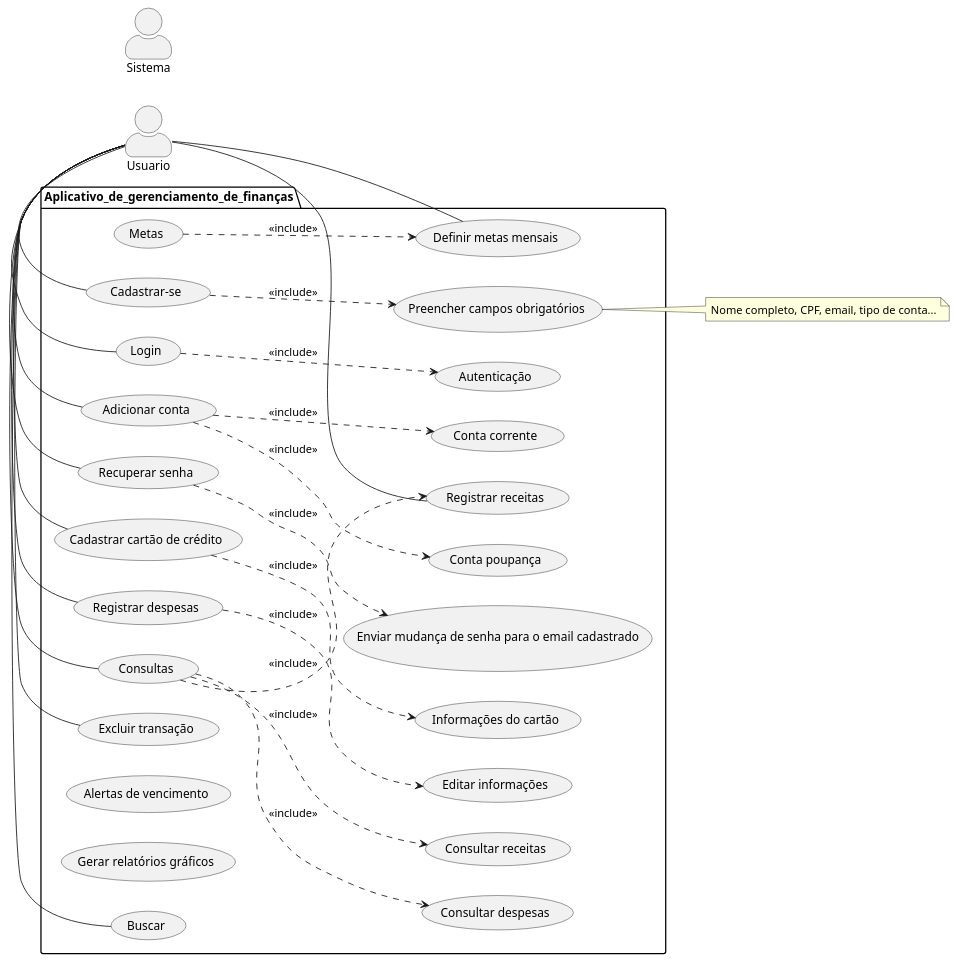
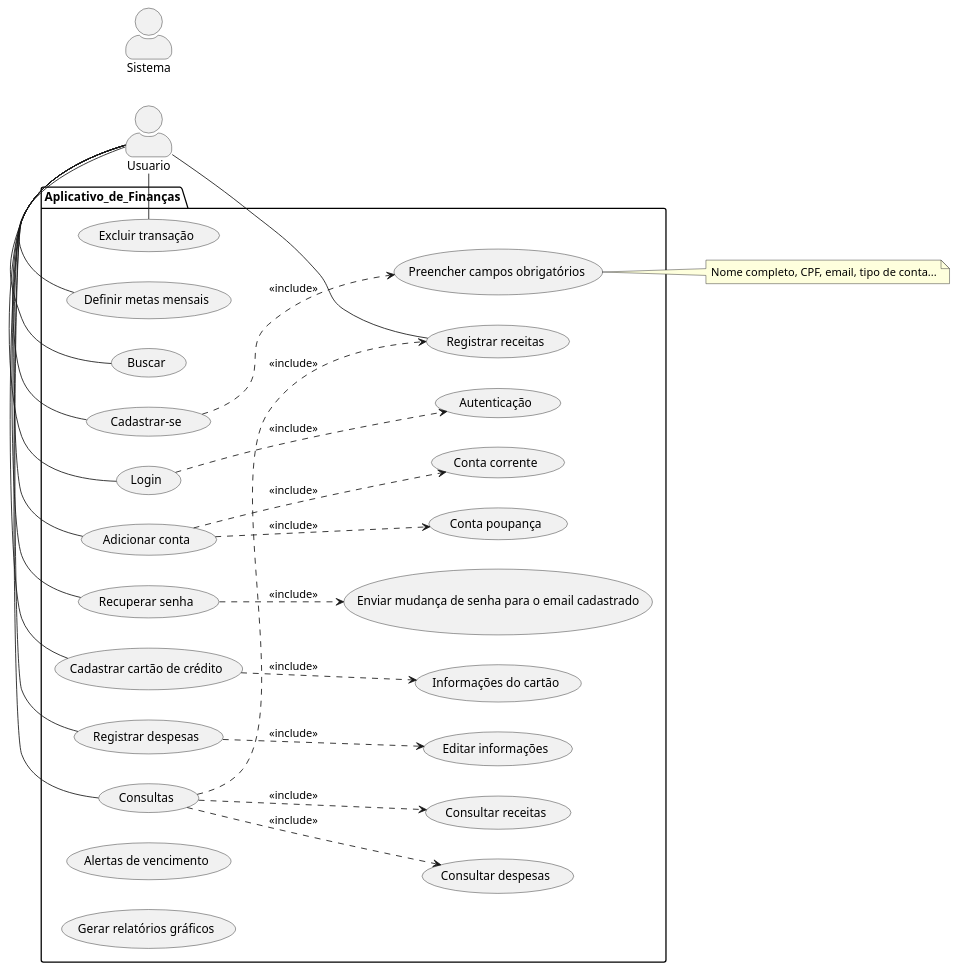
The diagram in diagrams/Diagrama_casos_uso.wsd (ClaraFelix667/finance-manager-a3), drawn with PlantUML before and after one commit. The commit also changed 1 other file, not shown here.

Commit message:
add diagrama de classes

```diff
--- a/diagrams/Diagrama_casos_uso.wsd
+++ b/diagrams/Diagrama_casos_uso.wsd
@@ -1,63 +1,61 @@
 @startuml
 left to right direction
 skinparam actorStyle awesome
 actor Usuario as a1
 actor Sistema as a2
 note "Nome completo, CPF, email, tipo de conta..." as N1
 
 /'UCS -> Sistema
   UC -> Usuario'/
-package Aplicativo_de_gerenciamento_de_finanças {
+package Aplicativo_de_Finanças {
     usecase "Cadastrar-se" as UC1
     usecase "Login" as UC2
     usecase "Adicionar conta" as UC3
     usecase "Conta poupança" as UC4
     usecase "Conta corrente" as UC9
     usecase "Preencher campos obrigatórios" as UC5
     usecase "Recuperar senha" as UC6
     usecase "Autenticação" as UCS1
     usecase "Cadastrar cartão de crédito" as UC7
     usecase "Informações do cartão" as UC8
     usecase "Alertas de vencimento" as UCS2
     usecase "Gerar relatórios gráficos" as UCS3
     usecase "Enviar mudança de senha para o email cadastrado" as UCS4
     usecase "Registrar despesas" as UC11
     usecase "Editar informações" as UC12
     usecase "Consultas" as UC13
     usecase "Consultar despesas" as UC14
     usecase "Consultar receitas" as UC15
     usecase "Registrar receitas" as UC16
-    usecase "Metas" as UC17
     usecase "Definir metas mensais" as UC18
     usecase "Buscar" as UC19
     usecase "Excluir transação" as UC20
 }
 
 a1 - UC1
 a1 - UC2
 a1 - UC3
 a1 - UC6
 a1 - UC7
 a1 - UC11
 a1 - UC13
 a1 - UC16
 a1 - UC18
 a1 - UC19
 a1 - UC20
 
 
 
 /'Interacoes'/
 UC1 ..> UC5:<<include>>
 UC2 ..> UCS1:<<include>>
 UC3 ..> UC4:<<include>>
 UC3 ..> UC9:<<include>>
 UC7 ..> UC8:<<include>>
 UC5 .. N1
 UC6 ..> UCS4: <<include>>
 UC11 ..> UC12:<<include>>
 UC13 ..>UC14:<<include>>
 UC13 ..>UC15:<<include>>
 UC13 ..>UC16:<<include>>
-UC17 ..>UC18:<<include>>
 @enduml
```
